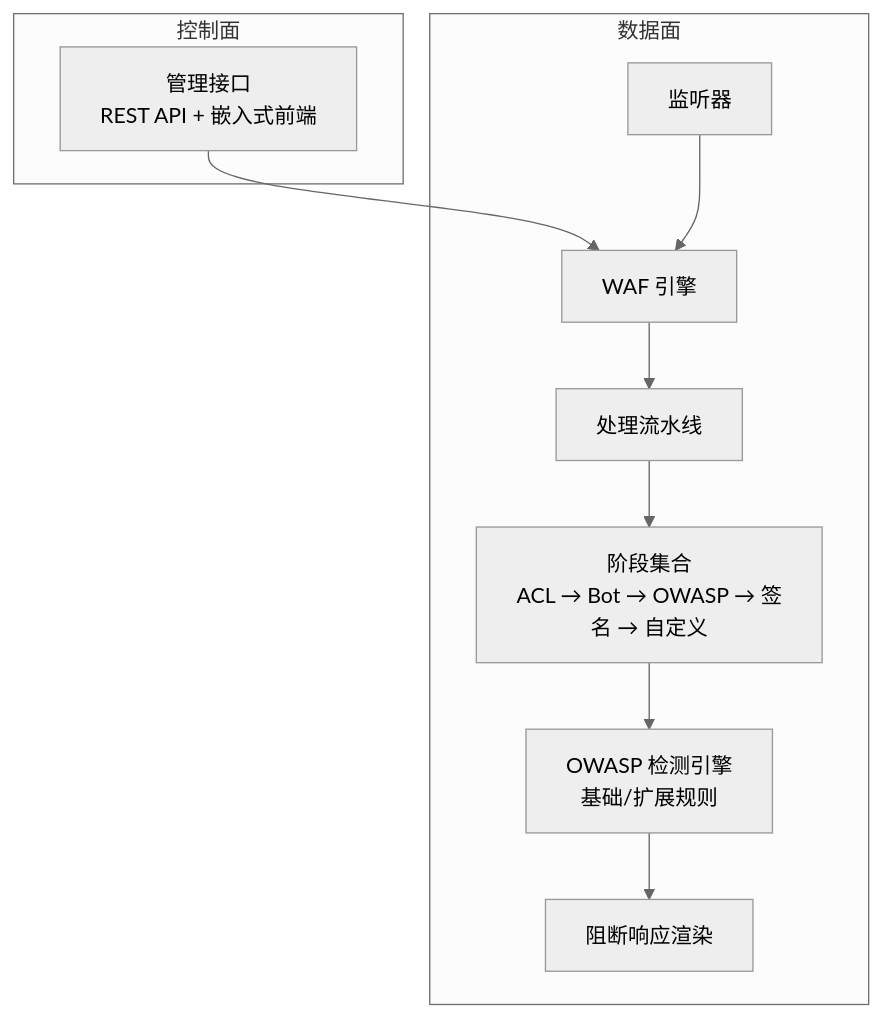
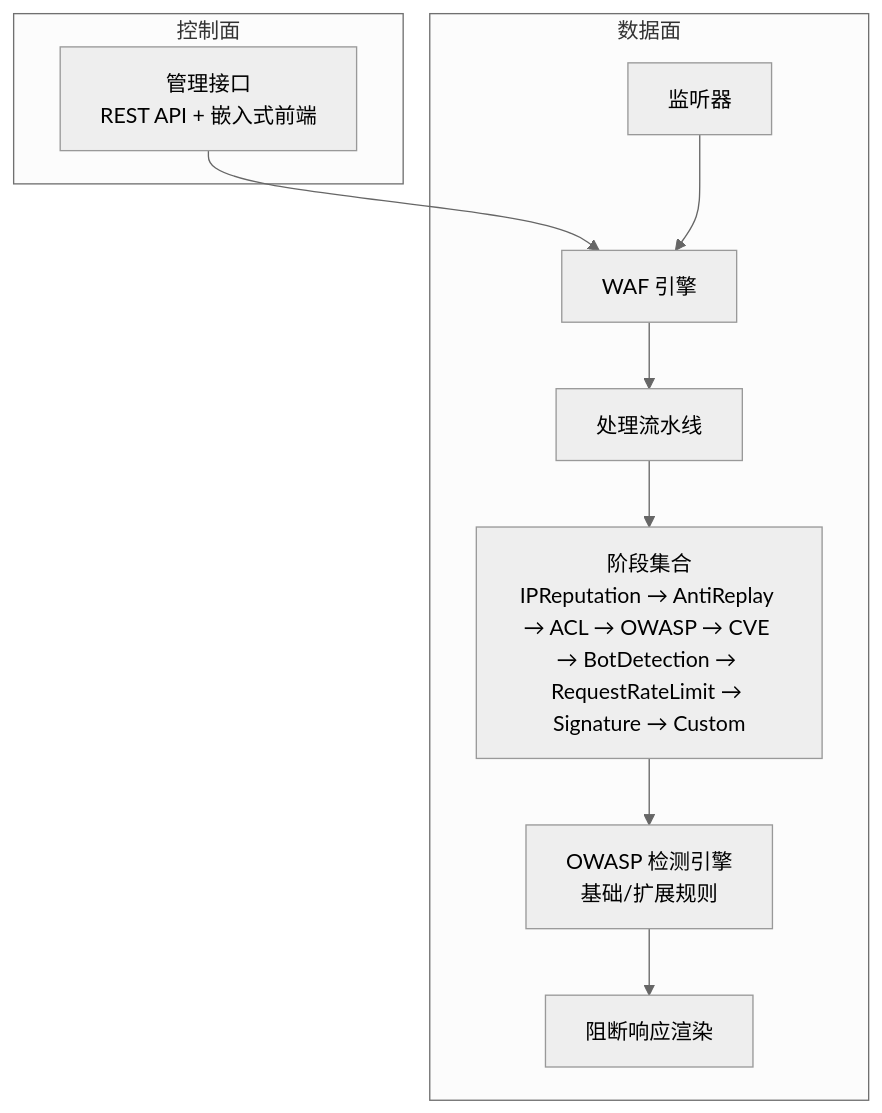
Before and after one commit to x01n/My-OpenWaf: the first of 20 diagrams in docs/WAF 引擎系统/处理阶段详解/OWASP 默认检测阶段.md, drawn with Mermaid (neutral theme). The commit also changed other lines of this file and 354 other files, not shown here.

````diff
--- a/docs/WAF 引擎系统/处理阶段详解/OWASP 默认检测阶段.md
+++ b/docs/WAF 引擎系统/处理阶段详解/OWASP 默认检测阶段.md
@@ -40,20 +40,20 @@
 ```mermaid
 graph TB
 subgraph "控制面"
 Admin["管理接口<br/>REST API + 嵌入式前端"]
 end
 subgraph "数据面"
 Listener["监听器"]
 Engine["WAF 引擎"]
 Pipeline["处理流水线"]
-Phases["阶段集合<br/>ACL → Bot → OWASP → 签名 → 自定义"]
+Phases["阶段集合<br/>IPReputation → AntiReplay → ACL → OWASP → CVE → BotDetection → RequestRateLimit → Signature → Custom"]
 OWASP["OWASP 检测引擎<br/>基础/扩展规则"]
 Block["阻断响应渲染"]
 end
 Admin --> Engine
 Listener --> Engine
 Engine --> Pipeline
 Pipeline --> Phases
 Phases --> OWASP
 OWASP --> Block
 ```
````
